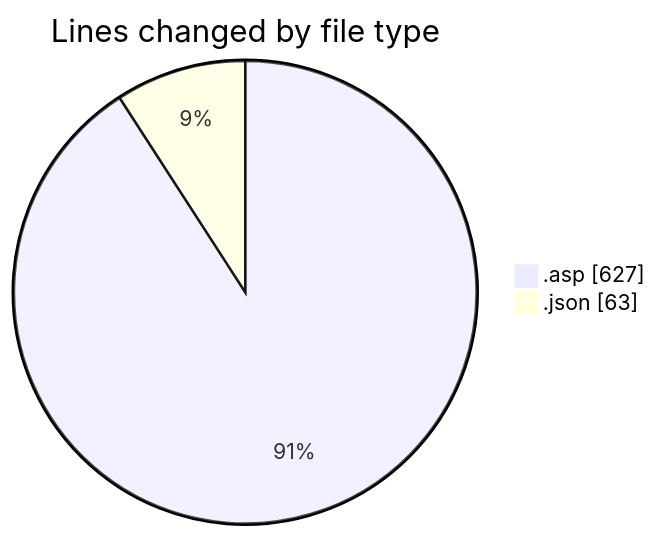
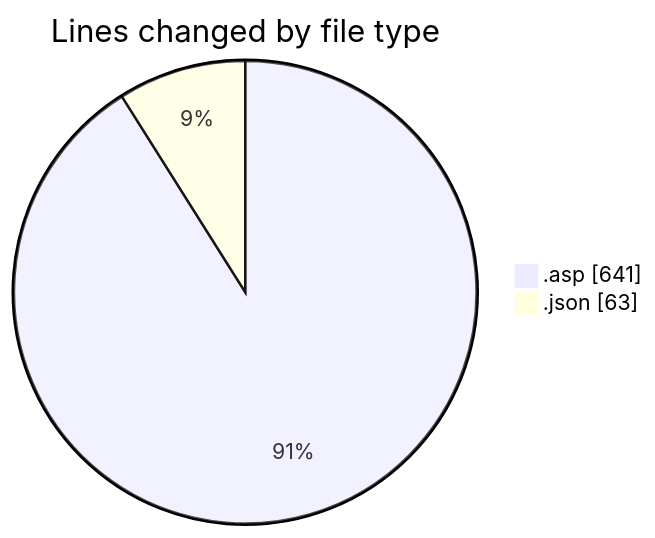
The first of 2 diagrams in 2025-10-20/usr_aleoudev_fr__workspace_/README.md (julien-gomy/code-tracking), drawn with Mermaid before and after one commit. The commit also changed other lines of this file and 1 other file, not shown here.

````diff
--- a/2025-10-20/usr_aleoudev_fr__workspace_/README.md
+++ b/2025-10-20/usr_aleoudev_fr__workspace_/README.md
@@ -22,6 +22,6 @@
 ```mermaid
 pie showData
 title Lines changed by file type
-".asp" : 627
+".asp" : 641
 ".json" : 63
 ```
````
